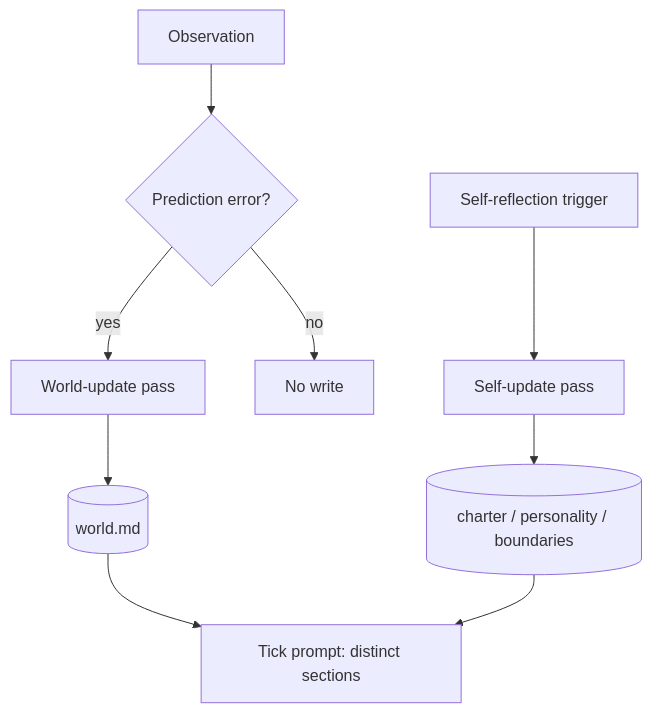
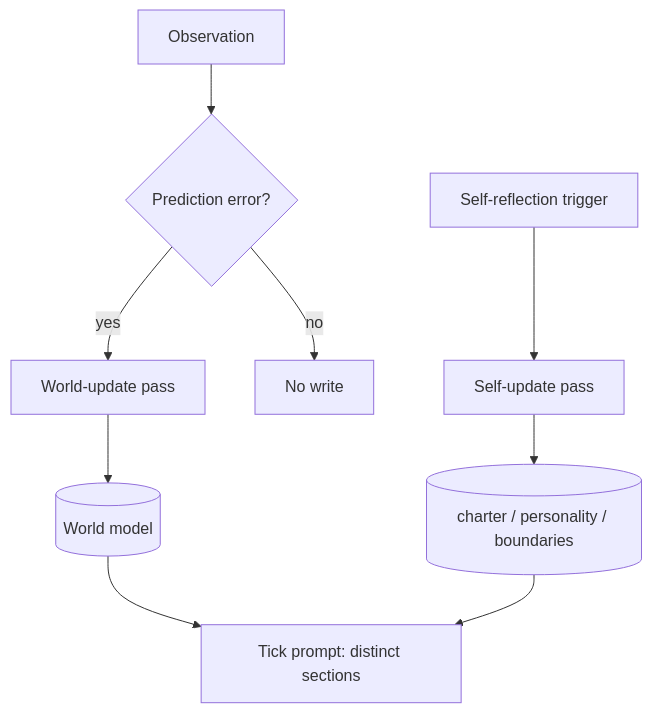
Before and after one commit to agentpatternscatalog/patterns: the diagram in patterns/world-model-separation.md, drawn with Mermaid. The commit also changed other lines of this file and 48 other files, not shown here.

````diff
--- a/patterns/world-model-separation.md
+++ b/patterns/world-model-separation.md
@@ -35,11 +33,11 @@
 ```mermaid
 flowchart TD
   Obs[Observation] --> Pred{Prediction error?}
   Pred -- yes --> WPass[World-update pass]
-  WPass --> WFile[(world.md)]
+  WPass --> WFile[(World model)]
   Pred -- no --> Skip[No write]
   Refl[Self-reflection trigger] --> SPass[Self-update pass]
   SPass --> SFile[(charter / personality / boundaries)]
   WFile --> Tick[Tick prompt: distinct sections]
   SFile --> Tick
 ```
````
